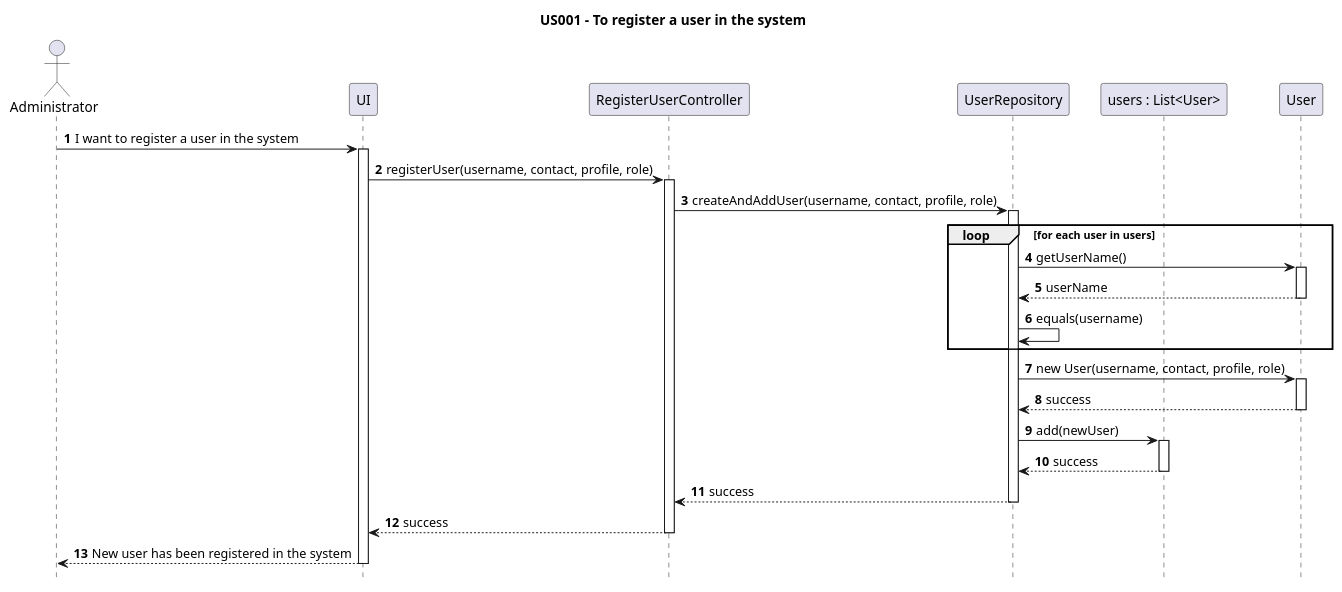
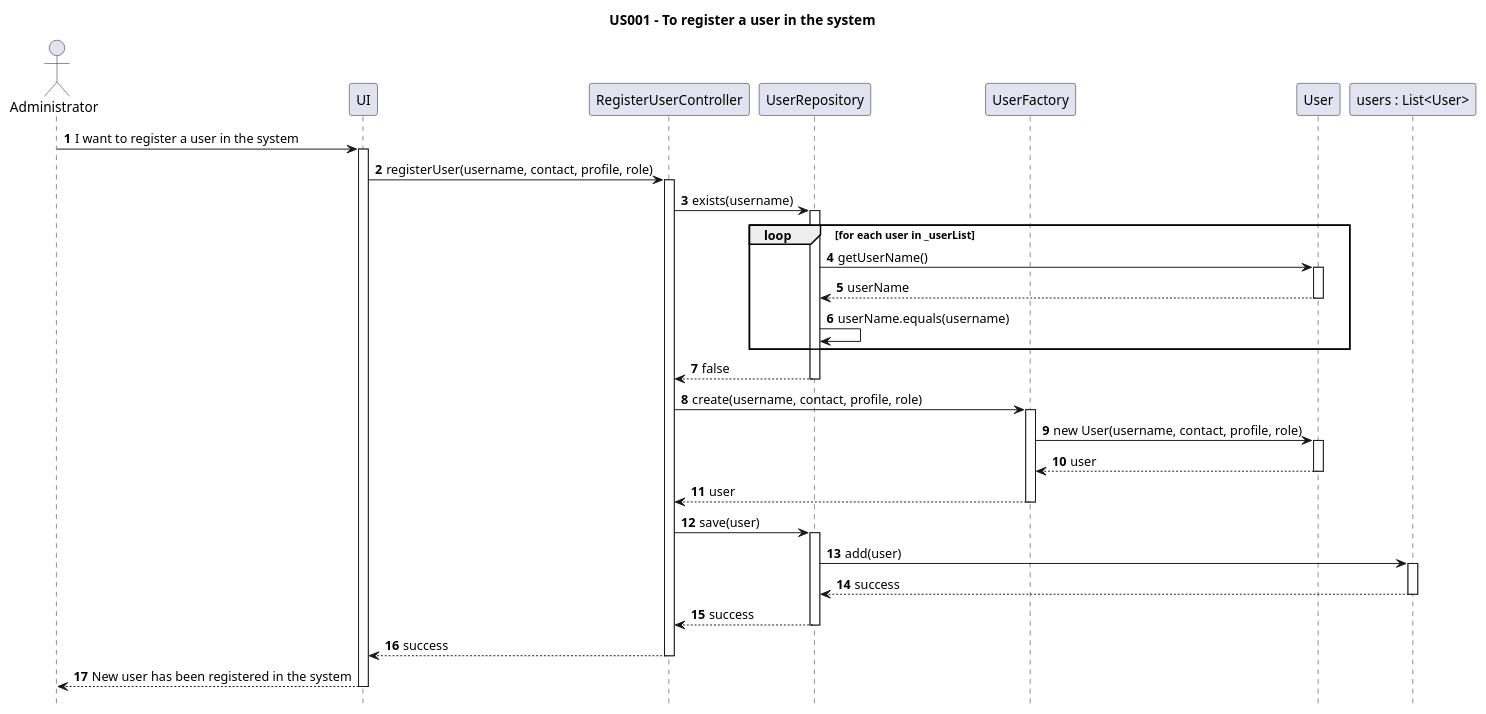
One commit to AndrePereiraGitH/SWitCH-Project-Team_A changed the diagram in Diagrams/SequenceDiagrams/N2/US001-to-register-a-user.puml. Above: the diagram before and after it, drawn with PlantUML. The commit also changed 8 other files, not shown here.

```diff
--- a/Diagrams/SequenceDiagrams/N2/US001-to-register-a-user.puml
+++ b/Diagrams/SequenceDiagrams/N2/US001-to-register-a-user.puml
@@ -1,52 +1,64 @@
 @startuml
 
 hide footbox
 autonumber
 
 title US001 - To register a user in the system
 
 actor Administrator
 participant UI
-participant RegisterUserController
-participant UserRepository
+participant "RegisterUserController" as Controller
+participant "UserRepository" as Repository
+participant "UserFactory" as Factory
+participant "User" as User
 participant "users : List<User>" as UserList
-participant User
 
 Administrator -> UI : I want to register a user in the system
 activate UI
 
-UI -> RegisterUserController : registerUser(username, contact, profile, role)
-activate RegisterUserController
+UI -> Controller : registerUser(username, contact, profile, role)
+activate Controller
 
-RegisterUserController -> UserRepository : createAndAddUser(username, contact, profile, role)
+Controller -> Repository : exists(username)
+activate Repository
 
-activate UserRepository
-
-loop for each user in users
-
-    UserRepository -> User : getUserName()
+loop for each user in _userList
+    Repository -> User : getUserName()
     activate User
-    User --> UserRepository : userName
+    User --> Repository : userName
     deactivate User
-    UserRepository -> UserRepository : equals(username)
+    Repository -> Repository : userName.equals(username)
 end
 
-UserRepository -> User : new User(username, contact, profile, role)
+Repository --> Controller : false
+deactivate Repository
+
+Controller -> Factory : create(username, contact, profile, role)
+activate Factory
+
+Factory -> User : new User(username, contact, profile, role)
 activate User
-User --> UserRepository : success
+User --> Factory : user
 deactivate User
 
-UserRepository -> UserList : add(newUser)
+Factory --> Controller : user
+deactivate Factory
+
+Controller -> Repository : save(user)
+activate Repository
+
+Repository -> UserList : add(user)
 activate UserList
-UserList --> UserRepository : success
+UserList --> Repository : success
 deactivate UserList
 
-UserRepository --> RegisterUserController : success
-deactivate UserRepository
-RegisterUserController --> UI : success
-deactivate RegisterUserController
+Repository --> Controller : success
+deactivate Repository
+
+Controller --> UI : success
+deactivate Controller
 
 UI --> Administrator : New user has been registered in the system
 deactivate UI
 
 @enduml
```
